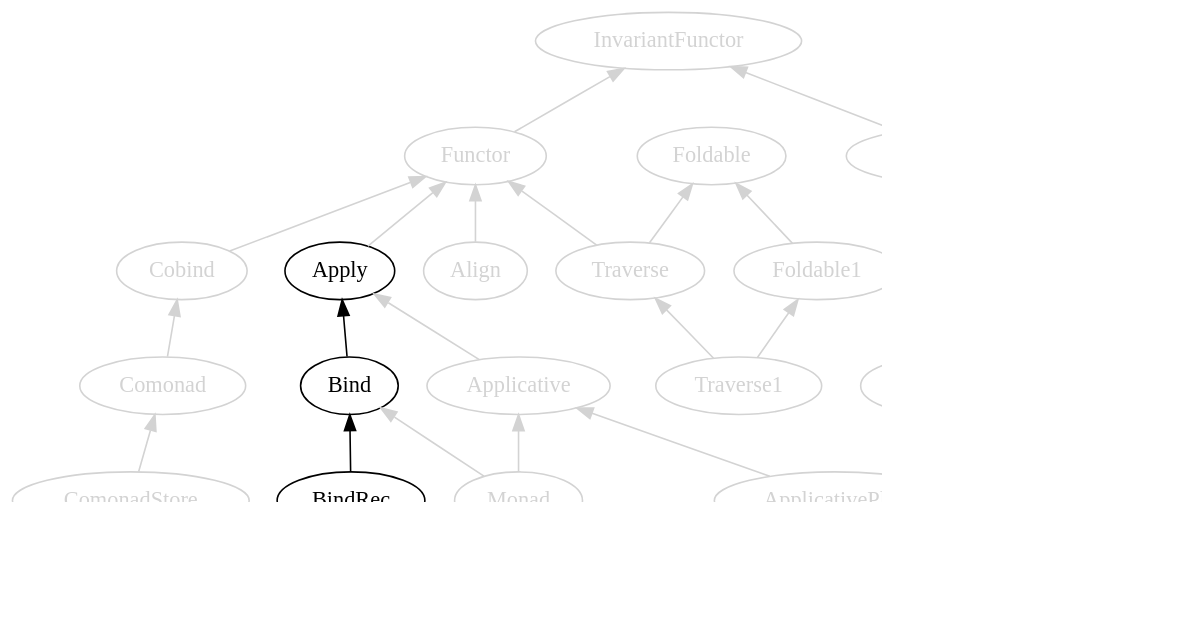
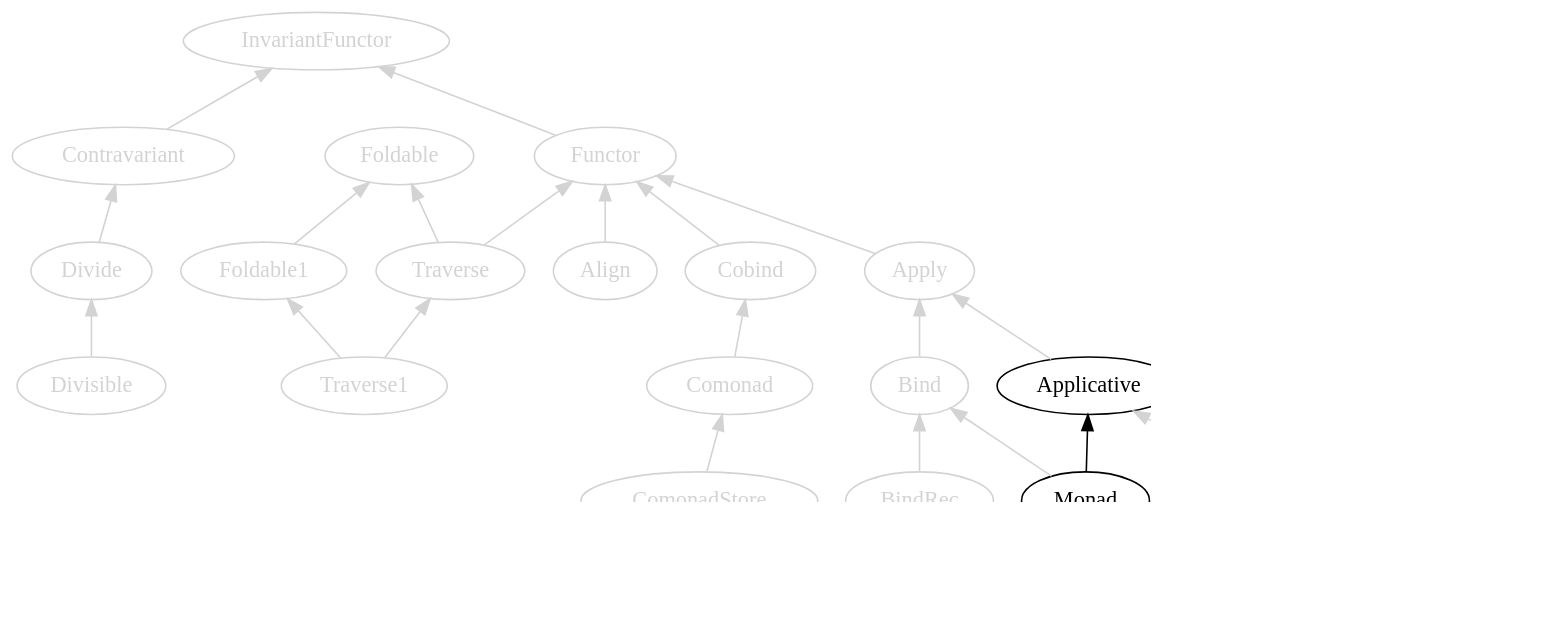
Before and after one commit to fommil/fpmortals: the tenth of 10 diagrams in manuscript/book.org, drawn with Graphviz. The commit also changed other lines of this file and 5 other files, not shown here.

Commit message:
applicative and monad

```diff
--- a/manuscript/book.org
+++ b/manuscript/book.org
@@ -4307,50 +4618,51 @@
 #+BEGIN_SRC dot :file images/scalaz-applicative.png :exports results
 digraph G {
     graph [dpi=100, rankdir=BT];
     node [fontname=Hack];
 
     subgraph mappable {
-      Bind -> Apply
-      BindRec -> Bind
+      Monad -> Applicative;
     }
 
     subgraph {
       node [fontcolor=lightgrey,color=lightgrey];
       edge [color=lightgrey];
 
-      Contravariant -> InvariantFunctor
-      Functor -> InvariantFunctor
+      Bind -> Apply;
+      BindRec -> Bind;
 
-      Divide -> Contravariant
-      Divisible -> Divide
-      Apply -> Functor
-      Applicative -> Apply
+      Contravariant -> InvariantFunctor;
+      Functor -> InvariantFunctor;
 
-      Foldable1 -> Foldable
-      Traverse -> Functor
-      Traverse -> Foldable
-      Traverse1 -> Traverse
-      Traverse1 -> Foldable1
+      Divide -> Contravariant;
+      Divisible -> Divide;
+      Apply -> Functor;
+      Applicative -> Apply;
 
-      Align -> Functor
-      Monad 
+      Foldable1 -> Foldable;
+      Traverse -> Functor;
+      Traverse -> Foldable;
+      Traverse1 -> Traverse;
+      Traverse1 -> Foldable1;
 
-      "Advanced Monads" [style=dashed]
-      "Advanced Monads" -> Monad
+      Align -> Functor;
+      Monad;
 
-      Monad -> Applicative
-      Monad -> Bind
+      "Advanced Monads" [style=dashed];
+      "Advanced Monads" -> Monad;
 
-      Cobind -> Functor
-      Comonad -> Cobind
+      Monad -> Bind;
 
-      PlusEmpty -> Plus
-      IsEmpty -> PlusEmpty
+      Cobind -> Functor;
+      Comonad -> Cobind;
 
-      ApplicativePlus -> Applicative
-      ApplicativePlus -> PlusEmpty
+      PlusEmpty -> Plus;
+      IsEmpty -> PlusEmpty;
 
-      ComonadStore -> Comonad
+      ApplicativePlus -> Applicative;
+      ApplicativePlus -> PlusEmpty;
+
+      ComonadStore -> Comonad;
     }
 }
 #+END_SRC
```
